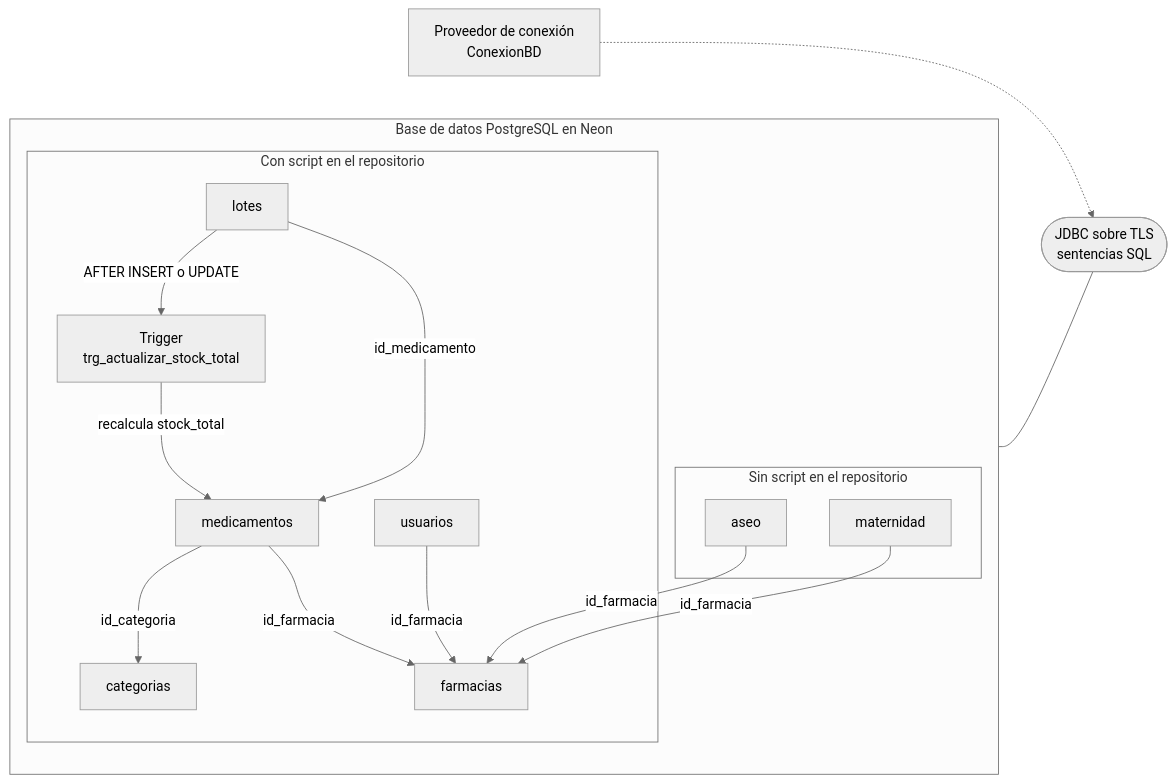
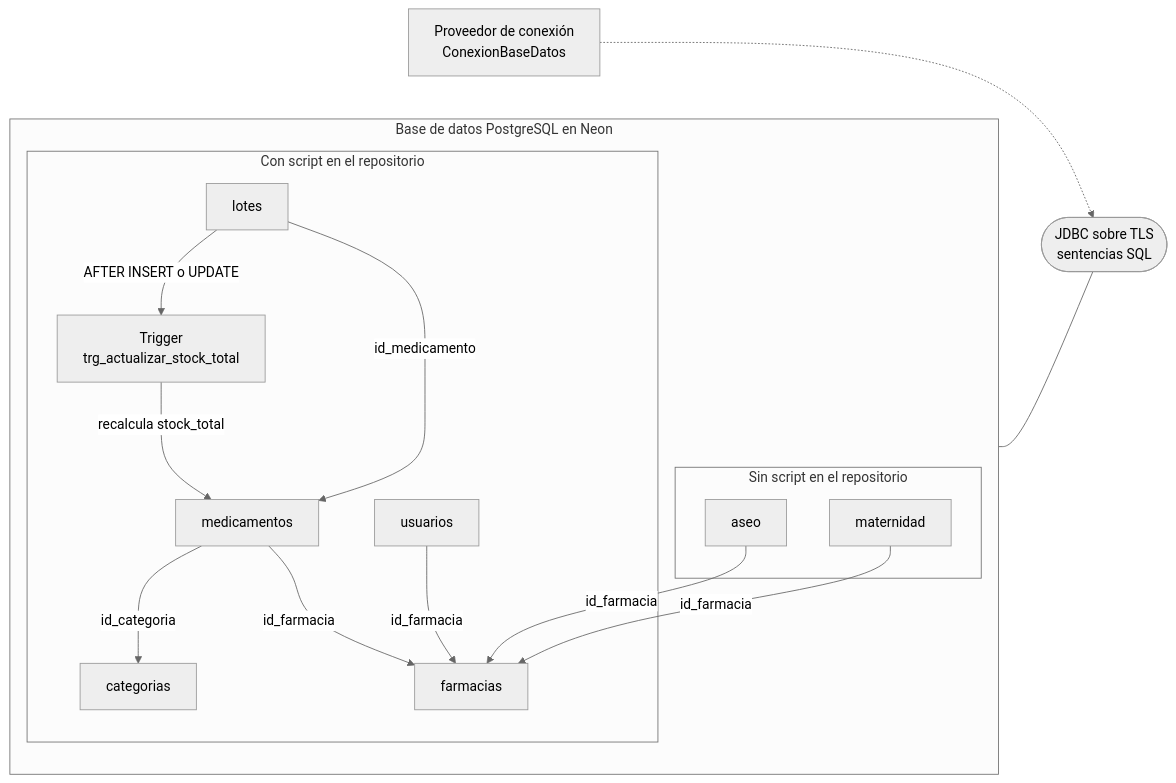
The diagram in docs/diagramas/COMPONENTE_BASE_DATOS.md (puj-course/FIS_2630_1204_G1), drawn with Mermaid (neutral theme) before and after one commit. The commit also changed other lines of this file and 121 other files, not shown here.

````diff
--- a/docs/diagramas/COMPONENTE_BASE_DATOS.md
+++ b/docs/diagramas/COMPONENTE_BASE_DATOS.md
@@ -7,31 +7,31 @@
 ```mermaid
 flowchart LR
-    CON["Proveedor de conexión<br/>ConexionBD"]
+    CON["Proveedor de conexión<br/>ConexionBaseDatos"]
     ISQL(["JDBC sobre TLS<br/>sentencias SQL"])
 
     subgraph BD["Base de datos PostgreSQL en Neon"]
         subgraph CON_SCRIPT["Con script en el repositorio"]
             TLOT["lotes"]
             TMED["medicamentos"]
             TCAT["categorias"]
             TUSU["usuarios"]
             TFAR["farmacias"]
             TRG["Trigger<br/>trg_actualizar_stock_total"]
         end
         subgraph SIN_SCRIPT["Sin script en el repositorio"]
             TASE["aseo"]
             TMAT["maternidad"]
         end
     end
 
     BD --- ISQL
     CON -.-> ISQL
     TLOT -->|"AFTER INSERT o UPDATE"| TRG
     TRG -->|"recalcula stock_total"| TMED
     TMED -->|"id_categoria"| TCAT
     TLOT -->|"id_medicamento"| TMED
     TMED -->|"id_farmacia"| TFAR
     TUSU -->|"id_farmacia"| TFAR
     TASE -->|"id_farmacia"| TFAR
     TMAT -->|"id_farmacia"| TFAR
 ```
````
